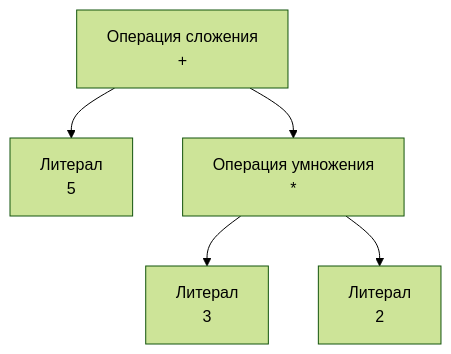
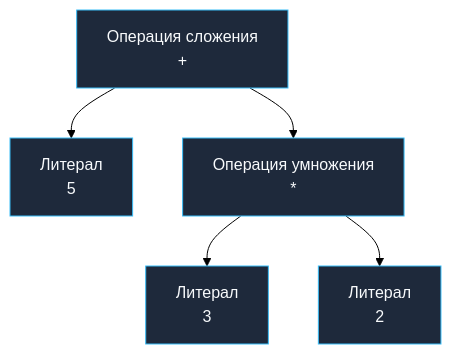
Before and after one commit to UnrealTemplier/go-textbook: the diagram in sources/7. Глубокий Go (Внутреннее устройство)/3. Фазы компиляции. Lexer, Parser, Type Checker, SSA.md, drawn with Mermaid (forest theme). The commit also changed 1666 other files, not shown here.

First line of the commit message:
feat(mermaid): add semantic color classDef to 1369 colorless flowchart/graph diagrams

````diff
--- a/sources/7. Глубокий Go (Внутреннее устройство)/3. Фазы компиляции. Lexer, Parser, Type Checker, SSA.md
+++ b/sources/7. Глубокий Go (Внутреннее устройство)/3. Фазы компиляции. Lexer, Parser, Type Checker, SSA.md
@@ -59,13 +59,23 @@
 ```mermaid
 flowchart TD
-    ADD["Операция сложения<br>+"]
-    INT5["Литерал<br>5"]
-    MUL["Операция умножения<br>*"]
-    INT3["Литерал<br>3"]
-    INT2["Литерал<br>2"]
+    classDef process  fill:#1e293b,stroke:#38bdf8,stroke-width:1px,color:#f8fafc
+    classDef success  fill:#064e3b,stroke:#34d399,stroke-width:1px,color:#f8fafc
+    classDef error    fill:#7f1d1d,stroke:#f87171,stroke-width:1px,color:#f8fafc
+    classDef warning  fill:#78350f,stroke:#fbbf24,stroke-width:1px,color:#f8fafc
+    classDef entry    fill:#1e3a5f,stroke:#38bdf8,stroke-width:2px,color:#f8fafc
+    classDef aux      fill:#334155,stroke:#64748b,stroke-width:1px,color:#f8fafc
+    classDef system   fill:#312e81,stroke:#a78bfa,stroke-width:1px,color:#f8fafc
+    classDef data     fill:#132d29,stroke:#2dd4bf,stroke-width:1px,color:#f8fafc
+    classDef network  fill:#881337,stroke:#fb7185,stroke-width:1px,color:#f8fafc
+    classDef accent   fill:#1e1b4b,stroke:#818cf8,stroke-width:1px,color:#f8fafc
+    ADD["Операция сложения<br>+"]:::process
+    INT5["Литерал<br>5"]:::process
+    MUL["Операция умножения<br>*"]:::process
+    INT3["Литерал<br>3"]:::process
+    INT2["Литерал<br>2"]:::process
 
     ADD --> INT5
     ADD --> MUL
     MUL --> INT3
     MUL --> INT2
 ```
````
